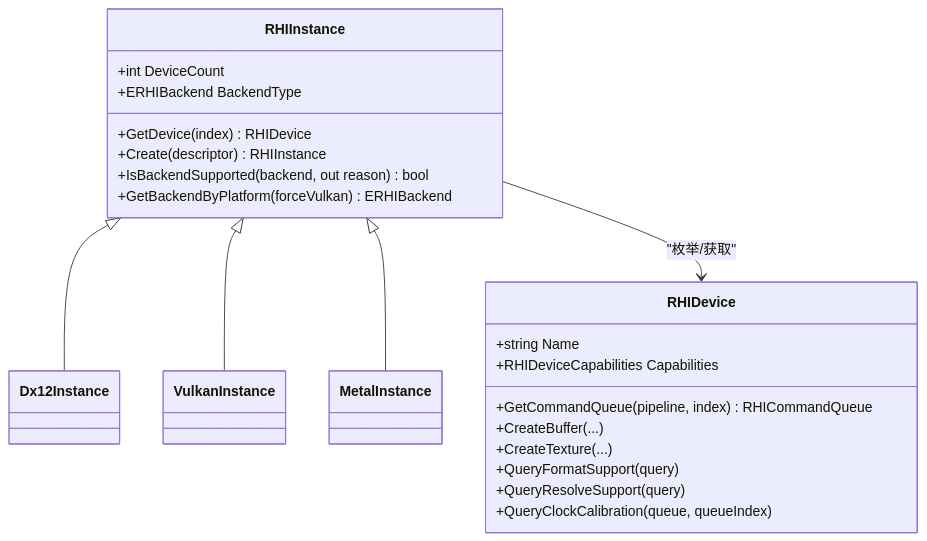
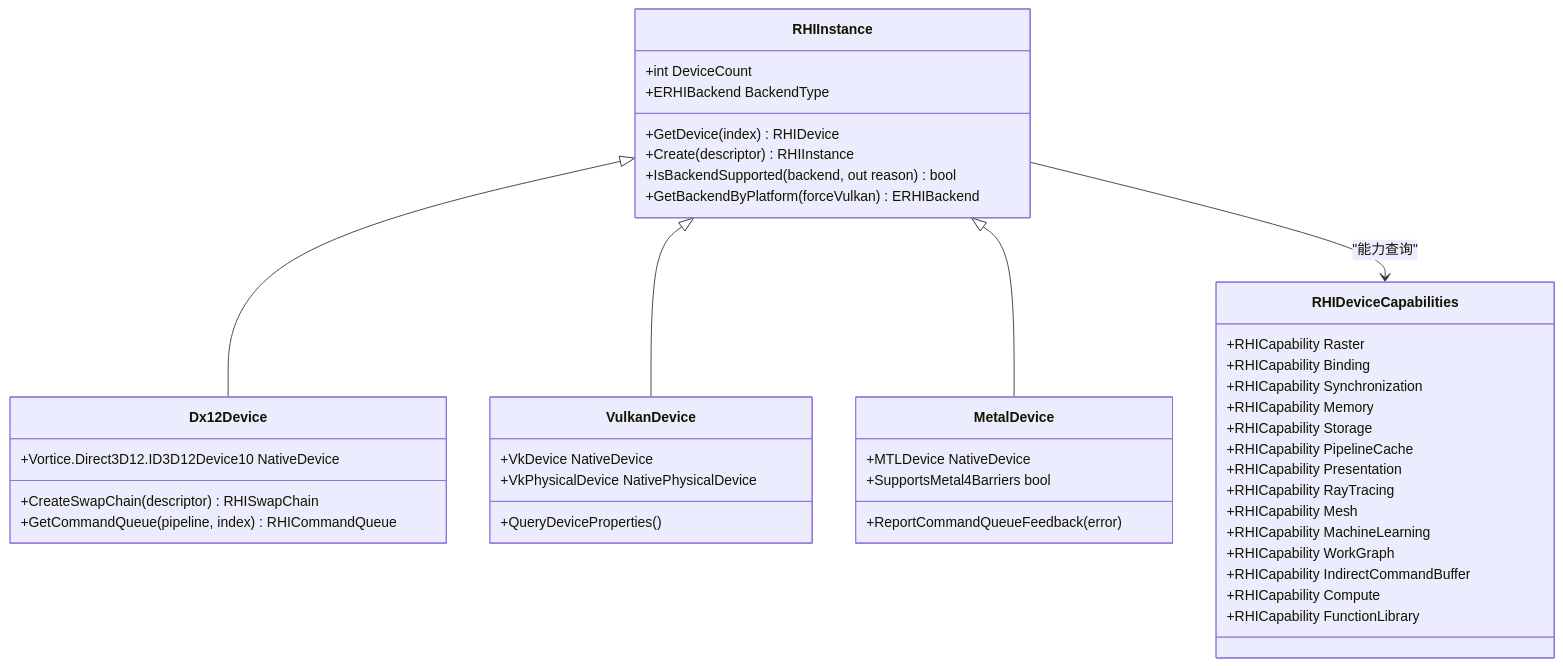
Before and after one commit to haolange/SharpGPU: the second of 6 diagrams in .qoder/repowiki/zh/content/项目概览/项目概览.md, drawn with Mermaid. The commit also changed other lines of this file and 3 other files, not shown here.

````diff
--- a/.qoder/repowiki/zh/content/项目概览/项目概览.md
+++ b/.qoder/repowiki/zh/content/项目概览/项目概览.md
@@ -96,28 +107,46 @@
 ```mermaid
 classDiagram
 class RHIInstance {
 +int DeviceCount
 +ERHIBackend BackendType
 +GetDevice(index) RHIDevice
 +Create(descriptor) RHIInstance
 +IsBackendSupported(backend, out reason) bool
 +GetBackendByPlatform(forceVulkan) ERHIBackend
 }
-class Dx12Instance
-class VulkanInstance
-class MetalInstance
-class RHIDevice {
-+string Name
-+RHIDeviceCapabilities Capabilities
+class Dx12Device {
++Vortice.Direct3D12.ID3D12Device10 NativeDevice
++CreateSwapChain(descriptor) RHISwapChain
 +GetCommandQueue(pipeline, index) RHICommandQueue
-+CreateBuffer(...)
-+CreateTexture(...)
-+QueryFormatSupport(query)
-+QueryResolveSupport(query)
-+QueryClockCalibration(queue, queueIndex)
 }
-RHIInstance <|-- Dx12Instance
-RHIInstance <|-- VulkanInstance
-RHIInstance <|-- MetalInstance
-RHIInstance --> RHIDevice : "枚举/获取"
+class VulkanDevice {
++VkDevice NativeDevice
++VkPhysicalDevice NativePhysicalDevice
++QueryDeviceProperties()
+}
+class MetalDevice {
++MTLDevice NativeDevice
++SupportsMetal4Barriers bool
++ReportCommandQueueFeedback(error)
+}
+class RHIDeviceCapabilities {
++RHICapability Raster
++RHICapability Binding
++RHICapability Synchronization
++RHICapability Memory
++RHICapability Storage
++RHICapability PipelineCache
++RHICapability Presentation
++RHICapability RayTracing
++RHICapability Mesh
++RHICapability MachineLearning
++RHICapability WorkGraph
++RHICapability IndirectCommandBuffer
++RHICapability Compute
++RHICapability FunctionLibrary
+}
+RHIInstance <|-- Dx12Device
+RHIInstance <|-- VulkanDevice
+RHIInstance <|-- MetalDevice
+RHIInstance --> RHIDeviceCapabilities : "能力查询"
 ```
````
